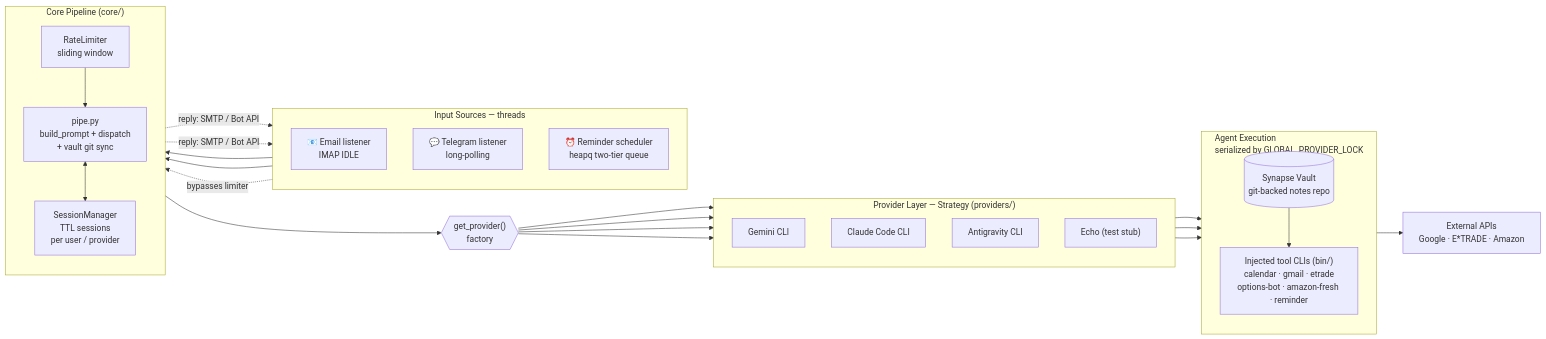
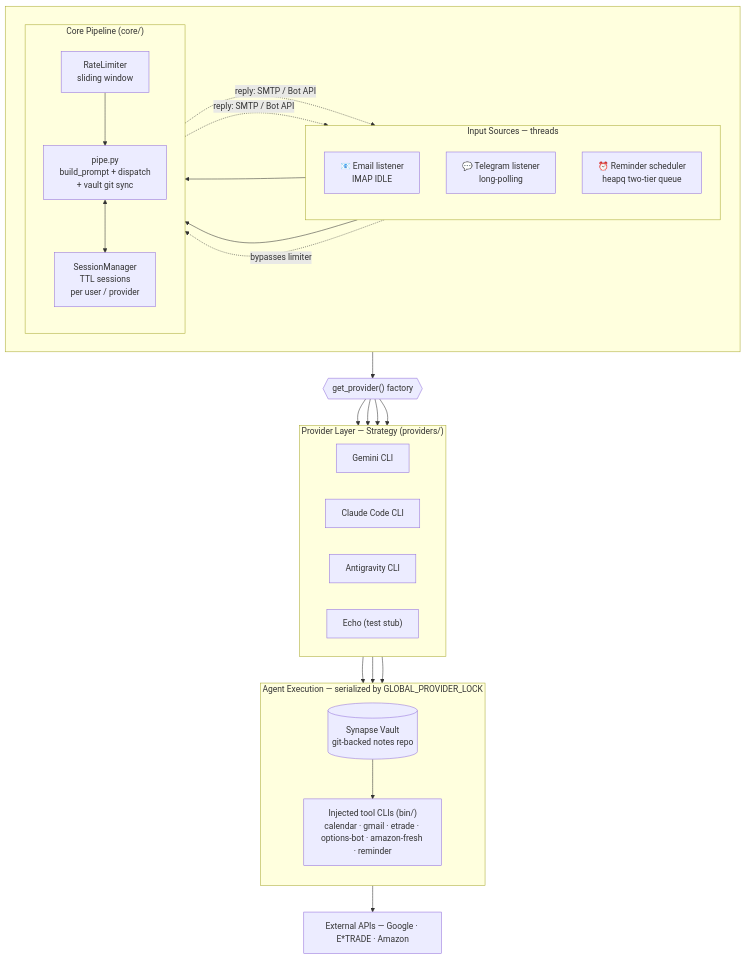
Before and after one commit to kristianolsson/synapse-engine: the diagram in README.md, drawn with Mermaid.

Commit message:
Recompose architecture diagram: top row (inputs + core), stacked below
Nest inputs and core in an LR wrapper as a top row (inputs left, core
right), then flow downward through factory -> providers -> agent ->
external. Avoids the 5-column-wide LR sprawl; reads taller-than-wide.

````diff
--- a/README.md
+++ b/README.md
@@ -22,46 +22,48 @@
 ```mermaid
-flowchart LR
-    subgraph inputs["Input Sources — threads"]
-        direction TB
-        EM["📧 Email listener<br/>IMAP IDLE"]
-        TG["💬 Telegram listener<br/>long-polling"]
-        SC["⏰ Reminder scheduler<br/>heapq two-tier queue"]
+flowchart TB
+    subgraph top[" "]
+        direction LR
+        subgraph inputs["Input Sources — threads"]
+            direction TB
+            EM["📧 Email listener<br/>IMAP IDLE"]
+            TG["💬 Telegram listener<br/>long-polling"]
+            SC["⏰ Reminder scheduler<br/>heapq two-tier queue"]
+        end
+        subgraph core["Core Pipeline (core/)"]
+            direction TB
+            RL["RateLimiter<br/>sliding window"]
+            PIPE["pipe.py<br/>build_prompt + dispatch<br/>+ vault git sync"]
+            SM["SessionManager<br/>TTL sessions<br/>per user / provider"]
+            RL --> PIPE
+            PIPE <--> SM
+        end
     end
 
-    subgraph core["Core Pipeline (core/)"]
-        direction TB
-        RL["RateLimiter<br/>sliding window"]
-        PIPE["pipe.py<br/>build_prompt + dispatch<br/>+ vault git sync"]
-        SM["SessionManager<br/>TTL sessions<br/>per user / provider"]
-        RL --> PIPE
-        PIPE <--> SM
-    end
-
-    FACT{{"get_provider()<br/>factory"}}
+    FACT{{"get_provider() factory"}}
 
     subgraph prov["Provider Layer — Strategy (providers/)"]
-        direction TB
+        direction LR
         GEM["Gemini CLI"]
         CLA["Claude Code CLI"]
         AGY["Antigravity CLI"]
         ECHO["Echo (test stub)"]
     end
 
-    subgraph exec["Agent Execution<br/>serialized by GLOBAL_PROVIDER_LOCK"]
+    subgraph exec["Agent Execution — serialized by GLOBAL_PROVIDER_LOCK"]
         direction TB
         VAULT[("Synapse Vault<br/>git-backed notes repo")]
-        TOOLS["Injected tool CLIs (bin/)<br/>calendar · gmail · etrade<br/>options-bot · amazon-fresh · reminder"]
+        TOOLS["Injected tool CLIs (bin/)<br/>calendar · gmail · etrade · options-bot · amazon-fresh · reminder"]
         VAULT --> TOOLS
     end
 
-    EXT["External APIs<br/>Google · E*TRADE · Amazon"]
+    EXT["External APIs — Google · E*TRADE · Amazon"]
 
     EM --> RL
     TG --> RL
     SC -. "bypasses limiter" .-> PIPE
     PIPE --> FACT
     FACT --> GEM & CLA & AGY & ECHO
     GEM & CLA & AGY --> VAULT
     TOOLS --> EXT
     PIPE -. "reply: SMTP / Bot API" .-> EM & TG
 ```
````
